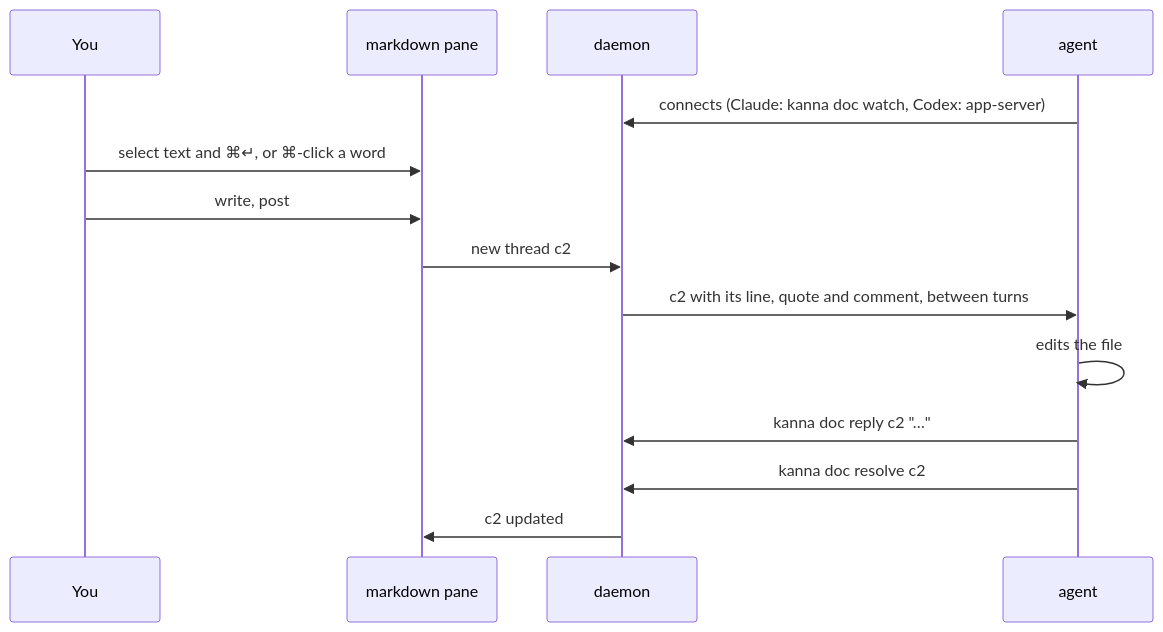
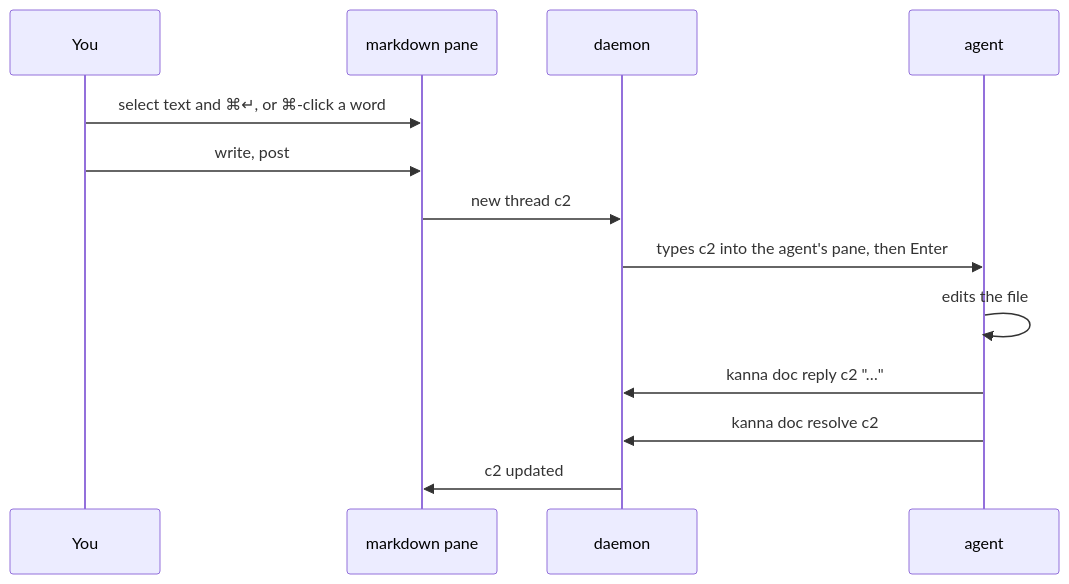
One commit to jemdiggity/kanna-v4 changed the first of 3 diagrams in docs/specs/doc-markup.md. Above: the diagram before and after it, drawn with Mermaid. The commit also changed other lines of this file and 2 other files, not shown here.

Commit message:
Doc markup: comments are typed into the agent's pane when posted, the same for every agent

````diff
--- a/docs/specs/doc-markup.md
+++ b/docs/specs/doc-markup.md
@@ -21,16 +21,15 @@
 ```mermaid
 sequenceDiagram
     participant You
     participant Doc as markdown pane
     participant D as daemon
     participant A as agent
-    A->>D: connects (Claude: kanna doc watch, Codex: app-server)
     You->>Doc: select text and ⌘↵, or ⌘-click a word
     You->>Doc: write, post
     Doc->>D: new thread c2
-    D->>A: c2 with its line, quote and comment, between turns
+    D->>A: types c2 into the agent's pane, then Enter
     A->>A: edits the file
     A->>D: kanna doc reply c2 "…"
     A->>D: kanna doc resolve c2
     D->>Doc: c2 updated
 ```
````
